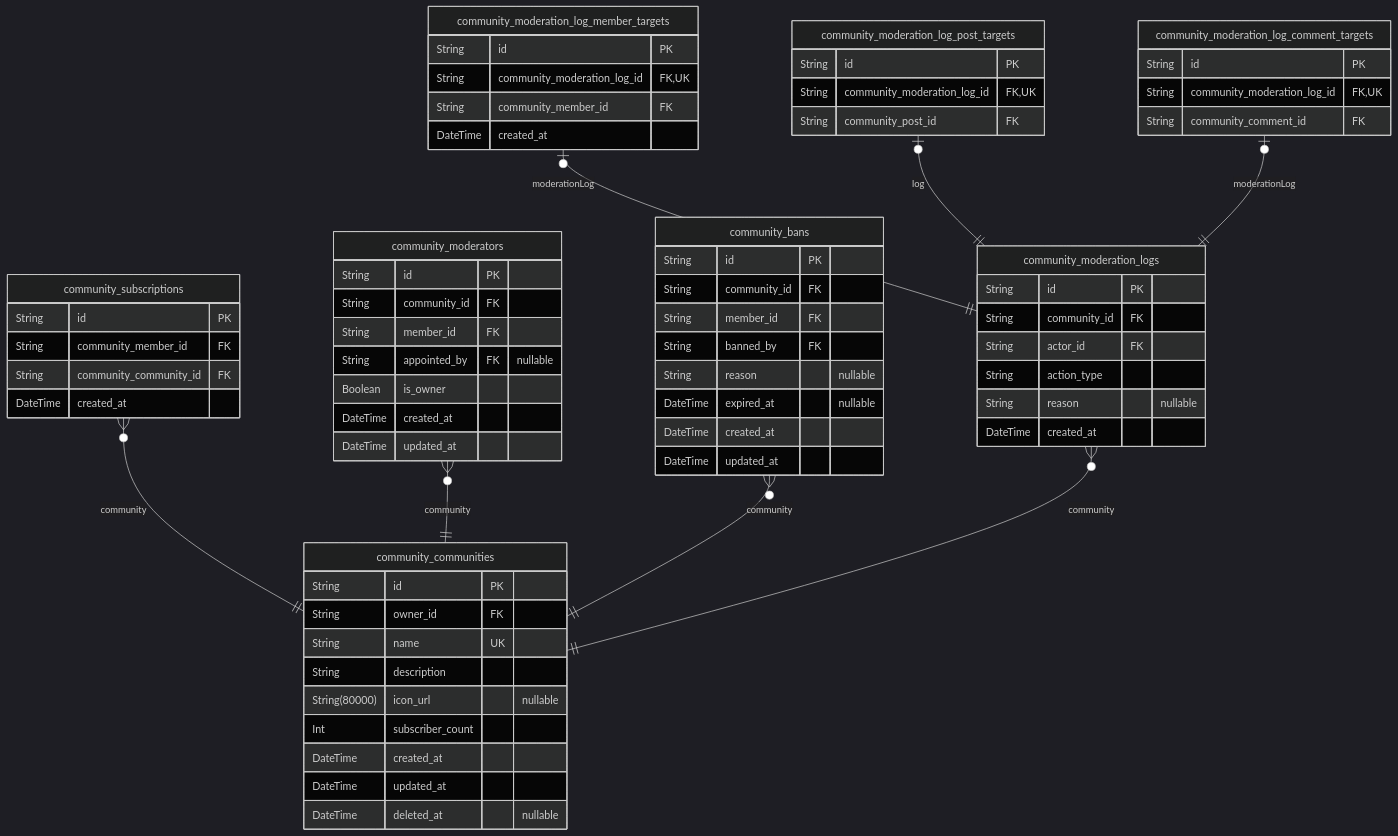
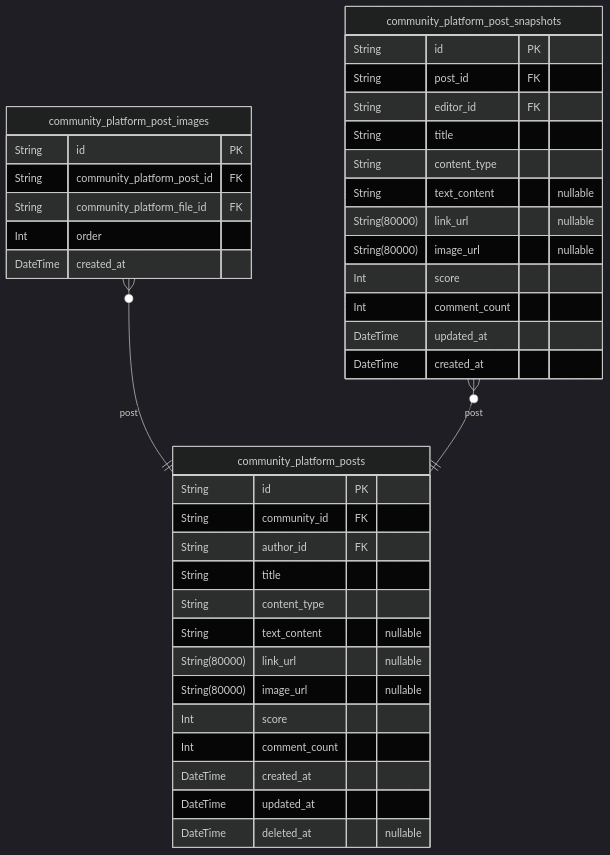
One commit to wrtnlabs/autobe-examples changed the third of 8 diagrams in z-ai/glm-5/reddit/docs/ERD.md. Above: the diagram before and after it, drawn with Mermaid (dark theme). The commit also changed other lines of this file and 17098 other files, not shown here.

````diff
--- a/z-ai/glm-5/reddit/docs/ERD.md
+++ b/z-ai/glm-5/reddit/docs/ERD.md
@@ -535,70 +450,41 @@
 ```mermaid
 erDiagram
-"community_communities" {
+"community_platform_posts" {
   String id PK
-  String owner_id FK
-  String name UK
-  String description
-  String(80000) icon_url "nullable"
-  Int subscriber_count
+  String community_id FK
+  String author_id FK
+  String title
+  String content_type
+  String text_content "nullable"
+  String(80000) link_url "nullable"
+  String(80000) image_url "nullable"
+  Int score
+  Int comment_count
   DateTime created_at
   DateTime updated_at
   DateTime deleted_at "nullable"
 }
-"community_subscriptions" {
+"community_platform_post_images" {
   String id PK
-  String community_member_id FK
-  String community_community_id FK
+  String community_platform_post_id FK
+  String community_platform_file_id FK
+  Int order
   DateTime created_at
 }
-"community_moderators" {
+"community_platform_post_snapshots" {
   String id PK
-  String community_id FK
-  String member_id FK
-  String appointed_by FK "nullable"
-  Boolean is_owner
-  DateTime created_at
+  String post_id FK
+  String editor_id FK
+  String title
+  String content_type
+  String text_content "nullable"
+  String(80000) link_url "nullable"
+  String(80000) image_url "nullable"
+  Int score
+  Int comment_count
   DateTime updated_at
-}
-"community_bans" {
-  String id PK
-  String community_id FK
-  String member_id FK
-  String banned_by FK
-  String reason "nullable"
-  DateTime expired_at "nullable"
-  DateTime created_at
-  DateTime updated_at
-}
-"community_moderation_logs" {
-  String id PK
-  String community_id FK
-  String actor_id FK
-  String action_type
-  String reason "nullable"
   DateTime created_at
 }
-"community_moderation_log_member_targets" {
-  String id PK
-  String community_moderation_log_id FK,UK
-  String community_member_id FK
-  DateTime created_at
-}
-"community_moderation_log_post_targets" {
-  String id PK
-  String community_moderation_log_id FK,UK
-  String community_post_id FK
-}
-"community_moderation_log_comment_targets" {
-  String id PK
-  String community_moderation_log_id FK,UK
-  String community_comment_id FK
-}
-"community_subscriptions" }o--|| "community_communities" : community
-"community_moderators" }o--|| "community_communities" : community
-"community_bans" }o--|| "community_communities" : community
-"community_moderation_logs" }o--|| "community_communities" : community
-"community_moderation_log_member_targets" |o--|| "community_moderation_logs" : moderationLog
-"community_moderation_log_post_targets" |o--|| "community_moderation_logs" : log
-"community_moderation_log_comment_targets" |o--|| "community_moderation_logs" : moderationLog
+"community_platform_post_images" }o--|| "community_platform_posts" : post
+"community_platform_post_snapshots" }o--|| "community_platform_posts" : post
 ```
````
